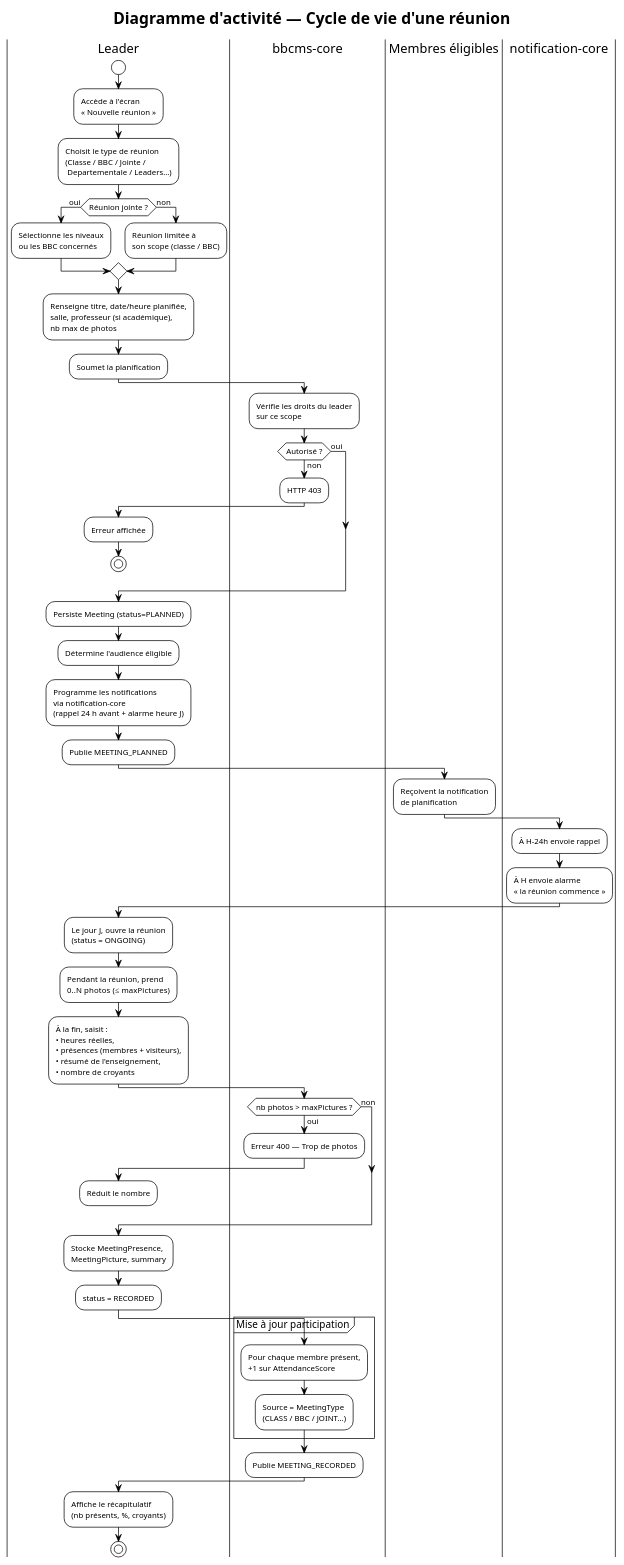
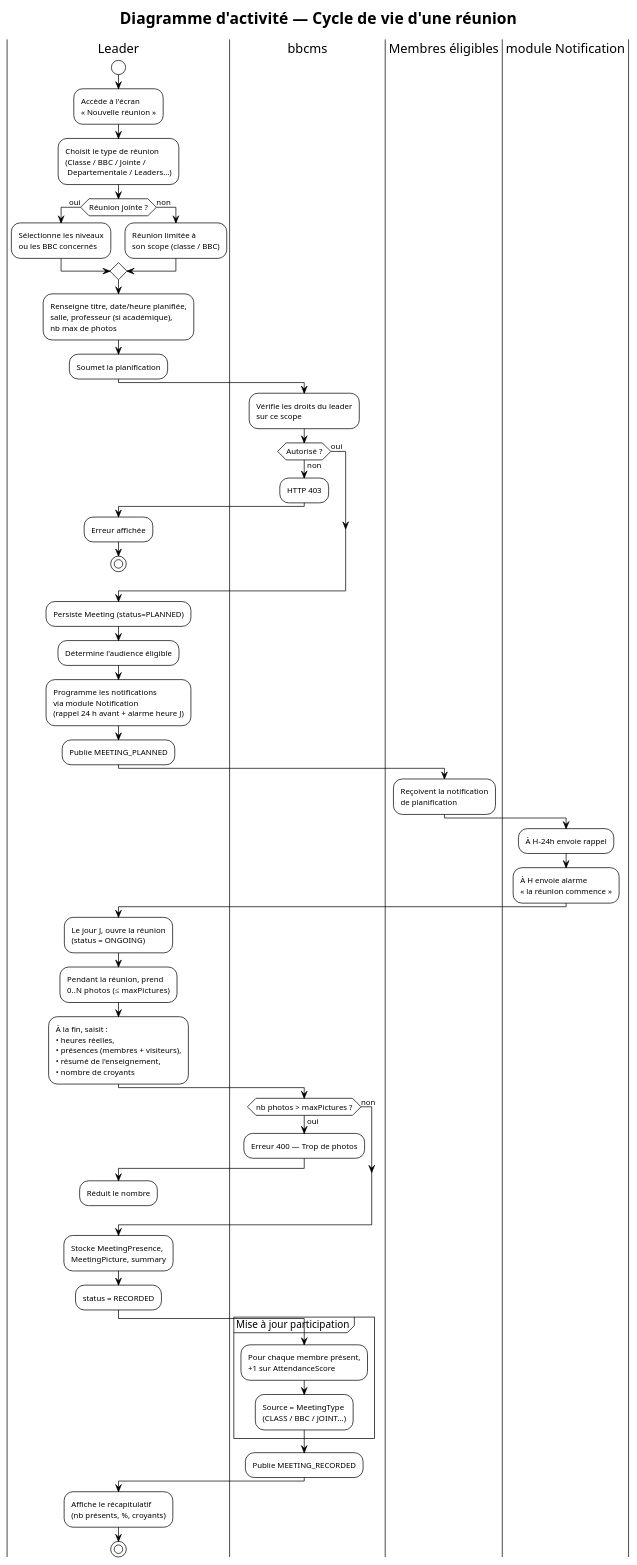
The diagram in bbcms/diagrams/act-meeting-lifecycle.puml (TF-Jordan/CairTech), drawn with PlantUML before and after one commit. The commit also changed 34 other files, not shown here.

```diff
--- a/bbcms/diagrams/act-meeting-lifecycle.puml
+++ b/bbcms/diagrams/act-meeting-lifecycle.puml
@@ -1,73 +1,73 @@
 @startuml act-meeting-lifecycle
 !theme plain
 skinparam activityFontSize 11
 
 title Diagramme d'activité — Cycle de vie d'une réunion
 
 |Leader|
 start
 :Accède à l'écran\n« Nouvelle réunion »;
 :Choisit le type de réunion\n(Classe / BBC / Jointe /\n Departementale / Leaders…);
 
 if (Réunion jointe ?) then (oui)
     :Sélectionne les niveaux\nou les BBC concernés;
 else (non)
     :Réunion limitée à\nson scope (classe / BBC);
 endif
 
 :Renseigne titre, date/heure planifiée,\nsalle, professeur (si académique),\nnb max de photos;
 :Soumet la planification;
 
-|bbcms-core|
+|bbcms|
 :Vérifie les droits du leader\nsur ce scope;
 if (Autorisé ?) then (non)
     :HTTP 403;
     |Leader|
     :Erreur affichée;
     stop
 else (oui)
 endif
 
 :Persiste Meeting (status=PLANNED);
 :Détermine l'audience éligible;
-:Programme les notifications\nvia notification-core\n(rappel 24 h avant + alarme heure J);
+:Programme les notifications\nvia module Notification\n(rappel 24 h avant + alarme heure J);
 :Publie MEETING_PLANNED;
 
 |Membres éligibles|
 :Reçoivent la notification\nde planification;
 
-|notification-core|
+|module Notification|
 :À H-24h envoie rappel;
 :À H envoie alarme\n« la réunion commence »;
 
 |Leader|
 :Le jour J, ouvre la réunion\n(status = ONGOING);
 :Pendant la réunion, prend\n0..N photos (≤ maxPictures);
 
 :À la fin, saisit :\n• heures réelles,\n• présences (membres + visiteurs),\n• résumé de l'enseignement,\n• nombre de croyants;
 
-|bbcms-core|
+|bbcms|
 if (nb photos > maxPictures ?) then (oui)
     :Erreur 400 — Trop de photos;
     |Leader|
     :Réduit le nombre;
     detach
 else (non)
 endif
 
 :Stocke MeetingPresence,\nMeetingPicture, summary;
 :status = RECORDED;
 
-|bbcms-core|
+|bbcms|
 partition "Mise à jour participation" {
     :Pour chaque membre présent,\n+1 sur AttendanceScore;
     :Source = MeetingType\n(CLASS / BBC / JOINT…);
 }
 
 :Publie MEETING_RECORDED;
 
 |Leader|
 :Affiche le récapitulatif\n(nb présents, %, croyants);
 stop
 
 @enduml
```
